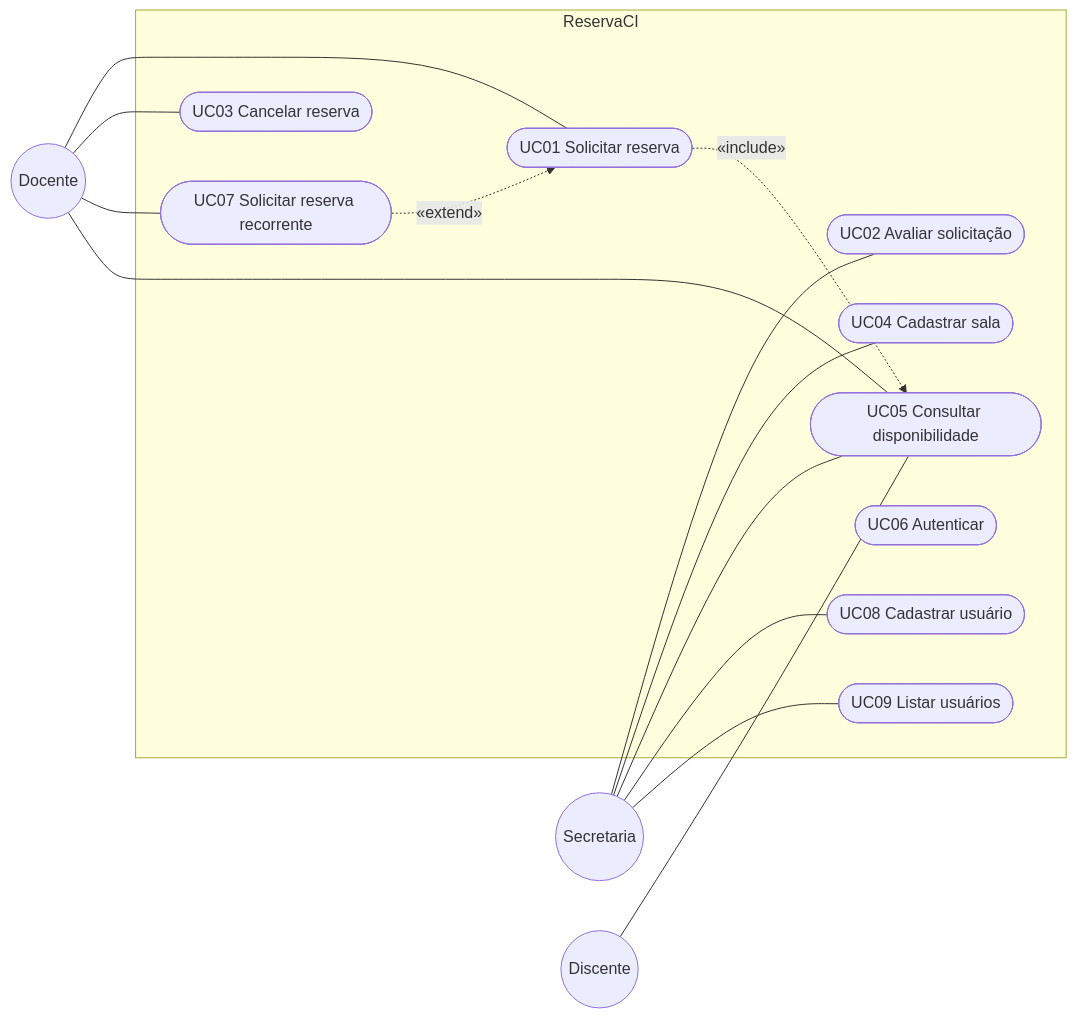
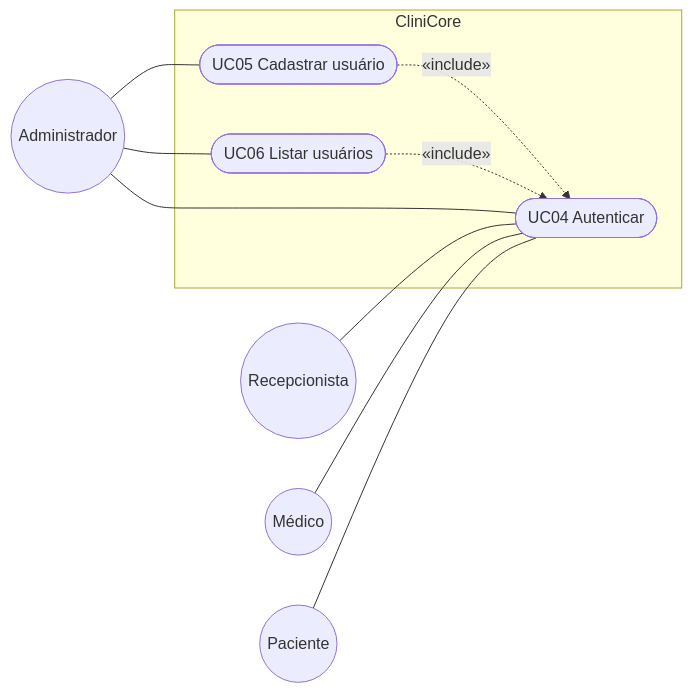
Before and after one commit to beatrizmontenegro07/projeto-metodos: the diagram in docs/04-casos-de-uso/README.md, drawn with Mermaid. The commit also changed other lines of this file and 9 other files, not shown here.

First line of the commit message:
docs: redraw user management diagrams for the new design

````diff
--- a/docs/04-casos-de-uso/README.md
+++ b/docs/04-casos-de-uso/README.md
@@ -10,31 +10,22 @@
 ```mermaid
 flowchart LR
-    Docente(("Docente"))
-    Secretaria(("Secretaria"))
-    Discente(("Discente"))
+    Administrador(("Administrador"))
+    Recepcionista(("Recepcionista"))
+    Medico(("Médico"))
+    Paciente(("Paciente"))
 
-    subgraph ReservaCI
-        UC01(["UC01 Solicitar reserva"])
-        UC02(["UC02 Avaliar solicitação"])
-        UC03(["UC03 Cancelar reserva"])
-        UC04(["UC04 Cadastrar sala"])
-        UC05(["UC05 Consultar disponibilidade"])
-        UC06(["UC06 Autenticar"])
-        UC07(["UC07 Solicitar reserva recorrente"])
-        UC08(["UC08 Cadastrar usuário"])
-        UC09(["UC09 Listar usuários"])
+    subgraph CliniCore
+        UC04(["UC04 Autenticar"])
+        UC05(["UC05 Cadastrar usuário"])
+        UC06(["UC06 Listar usuários"])
     end
 
-    Docente --- UC01
-    Docente --- UC03
-    Docente --- UC07
-    Docente --- UC05
-    Discente --- UC05
-    Secretaria --- UC02
-    Secretaria --- UC04
-    Secretaria --- UC05
-    UC01 -. "«include»" .-> UC05
-    UC07 -. "«extend»" .-> UC01
-    Secretaria --- UC08
-    Secretaria --- UC09
+    Administrador --- UC05
+    Administrador --- UC06
+    Administrador --- UC04
+    Recepcionista --- UC04
+    Medico --- UC04
+    Paciente --- UC04
+    UC05 -. "«include»" .-> UC04
+    UC06 -. "«include»" .-> UC04
 ```
````
